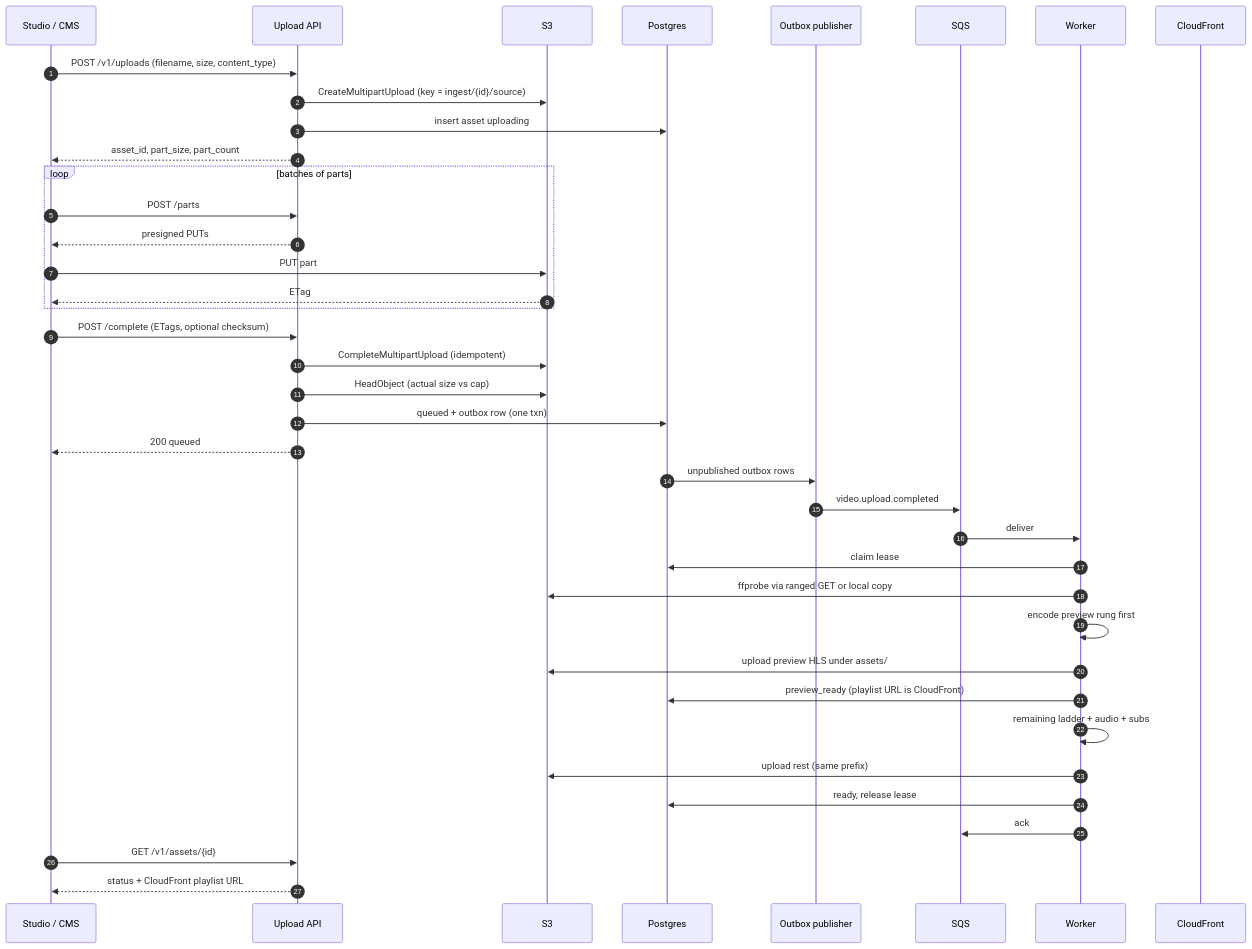
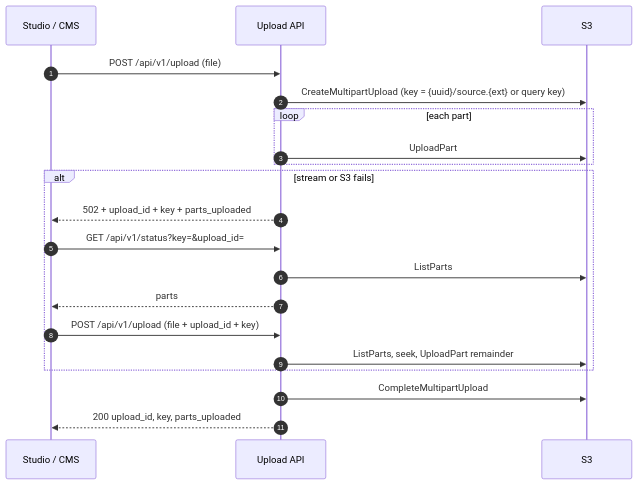
Before and after one commit to personal-ott-platform/ott-platform-ingestion-service: the diagram in docs/api.md, drawn with Mermaid. The commit also changed other lines of this file and 16 other files, not shown here.

First line of the commit message:
1 implement multipart api to upload the huge video file (#3)

````diff
--- a/docs/api.md
+++ b/docs/api.md
@@ -9,46 +44,25 @@
 ```mermaid
 sequenceDiagram
     autonumber
     participant C as Studio / CMS
     participant A as Upload API
     participant S as S3
-    participant D as Postgres
-    participant P as Outbox publisher
-    participant Q as SQS
-    participant W as Worker
-    participant CF as CloudFront
 
-    C->>A: POST /v1/uploads (filename, size, content_type)
-    A->>S: CreateMultipartUpload (key = ingest/{id}/source)
-    A->>D: insert asset uploading
-    A-->>C: asset_id, part_size, part_count
-
-    loop batches of parts
-        C->>A: POST /parts
-        A-->>C: presigned PUTs
-        C->>S: PUT part
-        S-->>C: ETag
+    C->>A: POST /api/v1/upload (file)
+    A->>S: CreateMultipartUpload (key = {uuid}/source.{ext} or query key)
+    loop each part
+        A->>S: UploadPart
     end
 
-    C->>A: POST /complete (ETags, optional checksum)
-    A->>S: CompleteMultipartUpload (idempotent)
-    A->>S: HeadObject (actual size vs cap)
-    A->>D: queued + outbox row (one txn)
-    A-->>C: 200 queued
-    D->>P: unpublished outbox rows
-    P->>Q: video.upload.completed
+    alt stream or S3 fails
+        A-->>C: 502 + upload_id + key + parts_uploaded
+        C->>A: GET /api/v1/status?key=&upload_id=
+        A->>S: ListParts
+        A-->>C: parts
+        C->>A: POST /api/v1/upload (file + upload_id + key)
+        A->>S: ListParts, seek, UploadPart remainder
+    end
 
-    Q->>W: deliver
-    W->>D: claim lease
-    W->>S: ffprobe via ranged GET or local copy
-    W->>W: encode preview rung first
-    W->>S: upload preview HLS under assets/
-    W->>D: preview_ready (playlist URL is CloudFront)
-    W->>W: remaining ladder + audio + subs
-    W->>S: upload rest (same prefix)
-    W->>D: ready, release lease
-    W->>Q: ack
-
-    C->>A: GET /v1/assets/{id}
-    A-->>C: status + CloudFront playlist URL
+    A->>S: CompleteMultipartUpload
+    A-->>C: 200 upload_id, key, parts_uploaded
 ```
````
